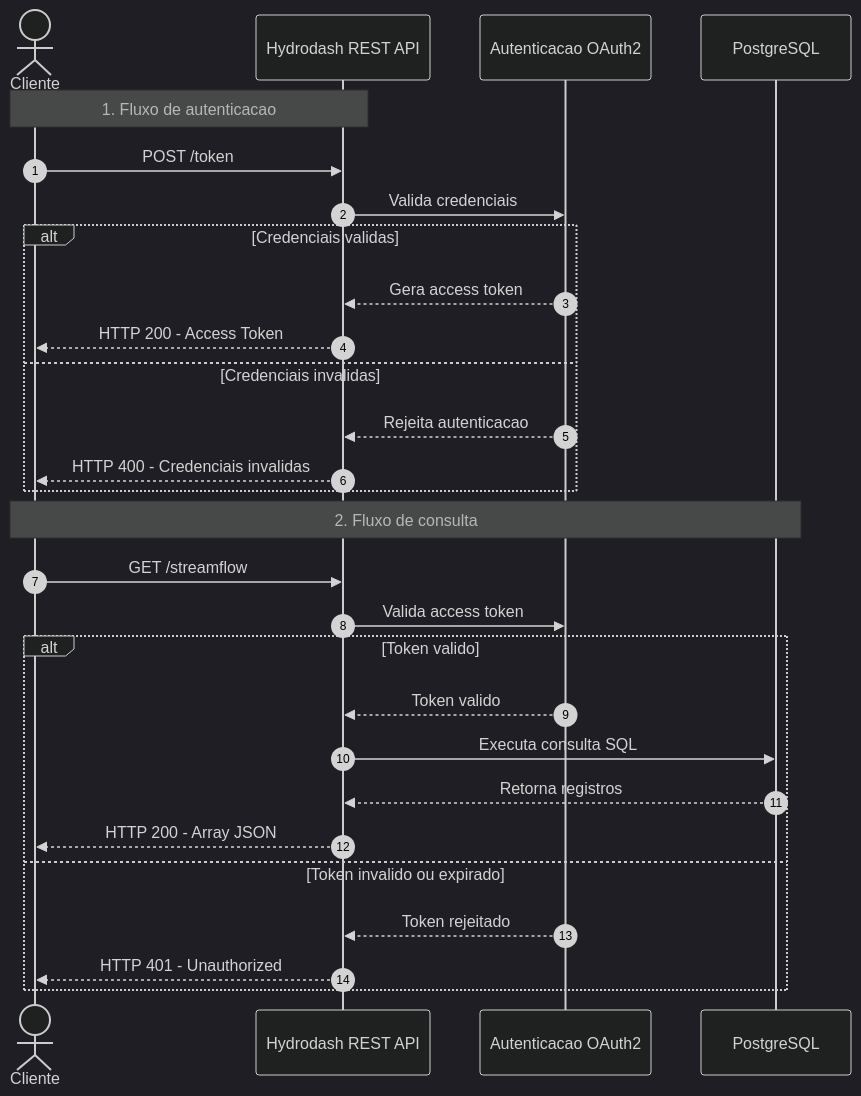
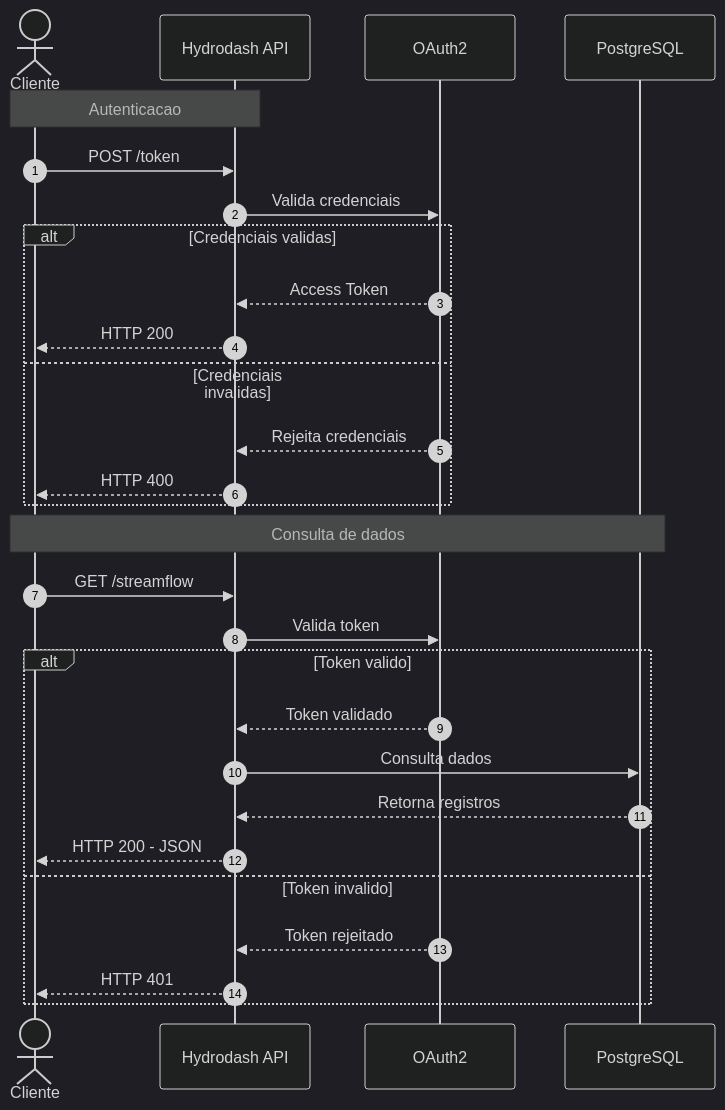
The diagram in README.md (almagroa/hydrodash-api), drawn with Mermaid (dark theme) before and after one commit.

````diff
--- a/README.md
+++ b/README.md
@@ -23,37 +23,37 @@
 ```mermaid
 sequenceDiagram
     autonumber
 
     actor Cliente
-    participant API as Hydrodash REST API
-    participant Auth as Autenticacao OAuth2
+    participant API as Hydrodash API
+    participant Auth as OAuth2
     participant DB as PostgreSQL
 
-    Note over Cliente,API: 1. Fluxo de autenticacao
+    Note over Cliente,API: Autenticacao
 
     Cliente->>API: POST /token
     API->>Auth: Valida credenciais
 
     alt Credenciais validas
-        Auth-->>API: Gera access token
-        API-->>Cliente: HTTP 200 - Access Token
+        Auth-->>API: Access Token
+        API-->>Cliente: HTTP 200
     else Credenciais invalidas
-        Auth-->>API: Rejeita autenticacao
-        API-->>Cliente: HTTP 400 - Credenciais invalidas
+        Auth-->>API: Rejeita credenciais
+        API-->>Cliente: HTTP 400
     end
 
-    Note over Cliente,DB: 2. Fluxo de consulta
+    Note over Cliente,DB: Consulta de dados
 
     Cliente->>API: GET /streamflow
-    API->>Auth: Valida access token
+    API->>Auth: Valida token
 
     alt Token valido
-        Auth-->>API: Token valido
-        API->>DB: Executa consulta SQL
+        Auth-->>API: Token validado
+        API->>DB: Consulta dados
         DB-->>API: Retorna registros
-        API-->>Cliente: HTTP 200 - Array JSON
-    else Token invalido ou expirado
+        API-->>Cliente: HTTP 200 - JSON
+    else Token invalido
         Auth-->>API: Token rejeitado
-        API-->>Cliente: HTTP 401 - Unauthorized
+        API-->>Cliente: HTTP 401
     end
 ```
````
